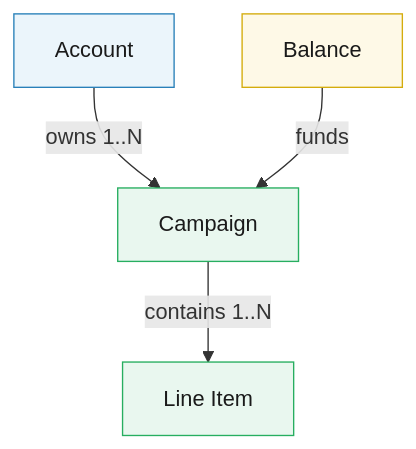
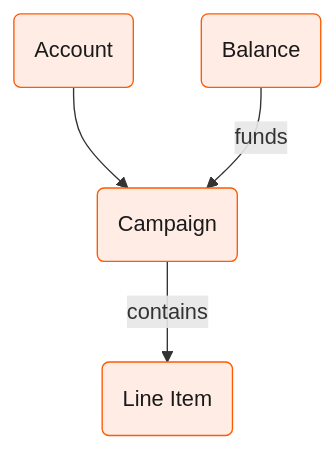
Before and after one commit to criteo/public-api-doc: the diagram in retail-media/docs/campaign.mdx, drawn with Mermaid. The commit also changed 2 other files, not shown here.

Commit message:
Uniformize Mermaid diagrams: Criteo orange, rounded nodes, verb labels

````diff
--- a/retail-media/docs/campaign.mdx
+++ b/retail-media/docs/campaign.mdx
@@ -8,14 +8,13 @@
 ```mermaid
 graph TD
-    Account -->|"owns 1..N"| Campaign
+    Account(Account)
+    Balance(Balance)
+    Campaign(Campaign)
+    LI(Line Item)
+
+    Account --> Campaign
     Balance -->|"funds"| Campaign
-    Campaign -->|"contains 1..N"| LI["Line Item"]
+    Campaign -->|"contains"| LI
 
-    classDef account fill:#EBF5FB,stroke:#2980B9,color:#1a1a1a
-    classDef campaign fill:#E9F7EF,stroke:#27AE60,color:#1a1a1a
-    classDef billing fill:#FEF9E7,stroke:#D4AC0D,color:#1a1a1a
-
-    class Account account
-    class Campaign,LI campaign
-    class Balance billing
+    classDef default fill:#FFEDE5,stroke:#FF5A00,color:#1a1a1a
 ```
````
